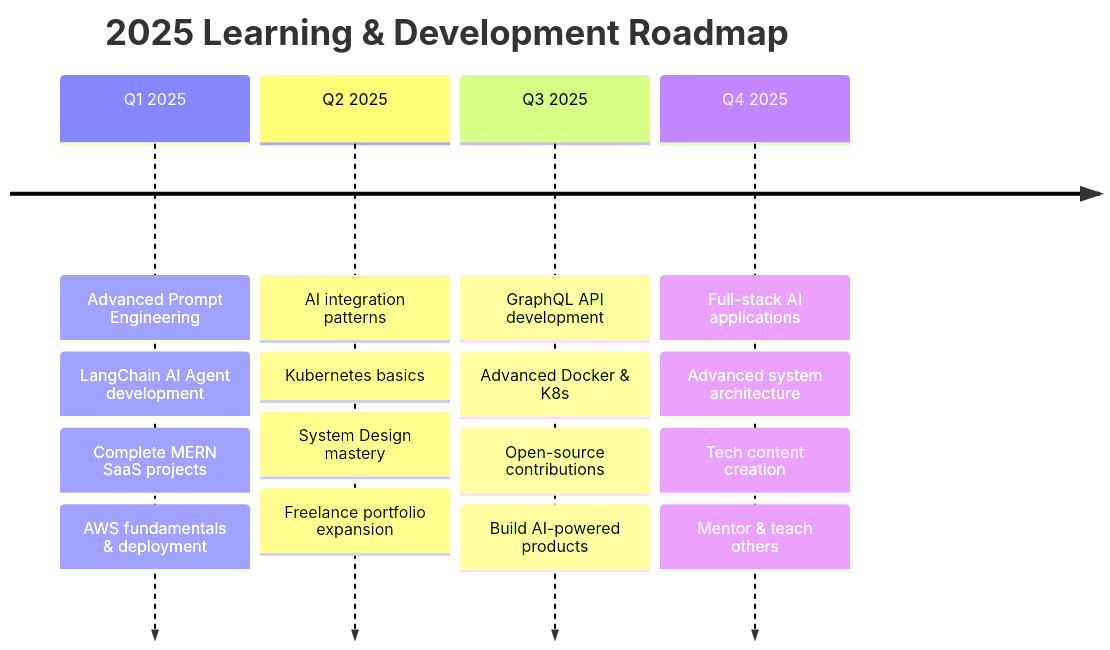
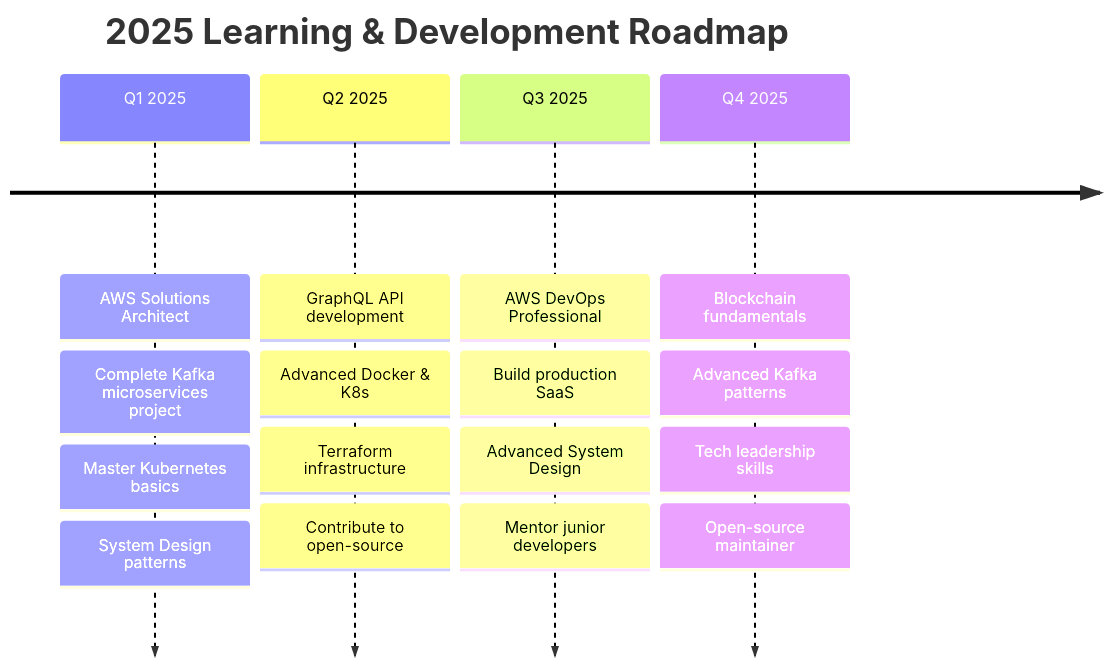
One commit to Aiden781Xx/Aiden781Xx changed the second of 2 diagrams in README.md. Above: the diagram before and after it, drawn with Mermaid. The commit also changed other lines of this file, not shown here.

````diff
--- a/README.md
+++ b/README.md
@@ -363,24 +338,24 @@
 ```mermaid
 timeline
     title 2025 Learning & Development Roadmap
     
-    Q1 2025 : Advanced Prompt Engineering
-            : LangChain AI Agent development
-            : Complete MERN SaaS projects
-            : AWS fundamentals & deployment
+    Q1 2025 : AWS Solutions Architect
+            : Complete Kafka microservices project
+            : Master Kubernetes basics
+            : System Design patterns
     
-    Q2 2025 : AI integration patterns
-            : Kubernetes basics
-            : System Design mastery
-            : Freelance portfolio expansion
+    Q2 2025 : GraphQL API development
+            : Advanced Docker & K8s
+            : Terraform infrastructure
+            : Contribute to open-source
     
-    Q3 2025 : GraphQL API development
-            : Advanced Docker & K8s
-            : Open-source contributions
-            : Build AI-powered products
+    Q3 2025 : AWS DevOps Professional
+            : Build production SaaS
+            : Advanced System Design
+            : Mentor junior developers
     
-    Q4 2025 : Full-stack AI applications
-            : Advanced system architecture
-            : Tech content creation
-            : Mentor & teach others
+    Q4 2025 : Blockchain fundamentals
+            : Advanced Kafka patterns
+            : Tech leadership skills
+            : Open-source maintainer
 ```
````
